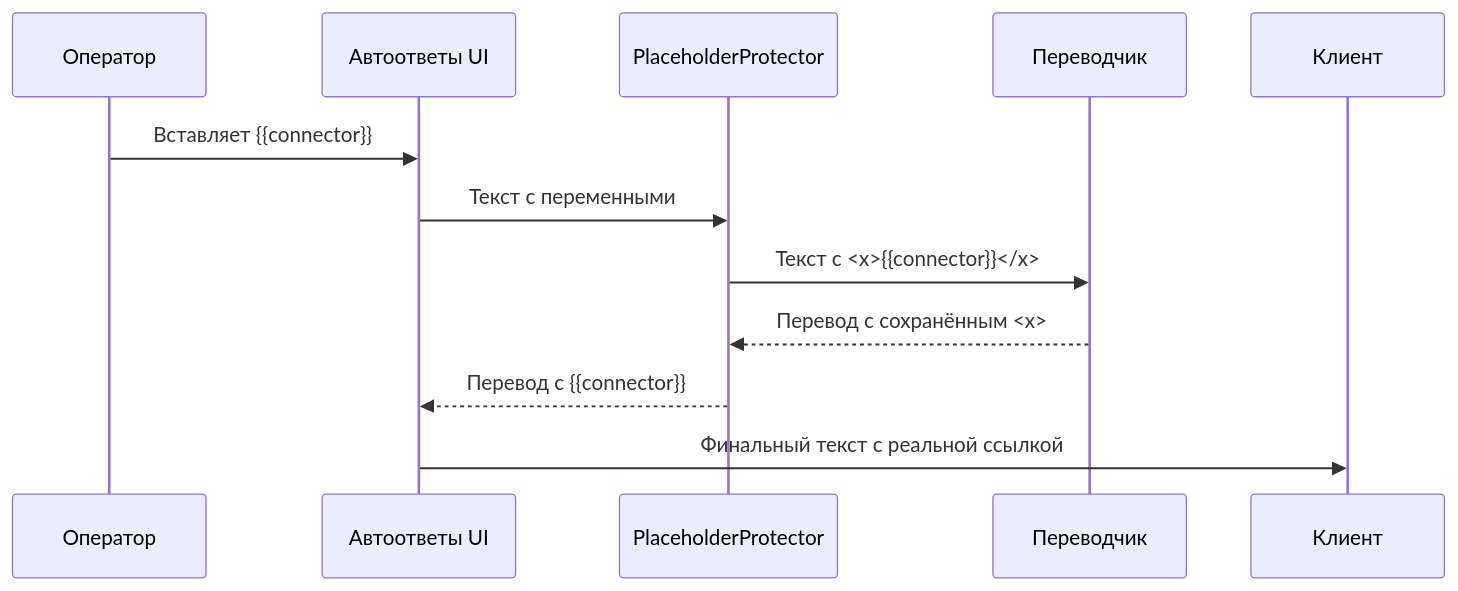
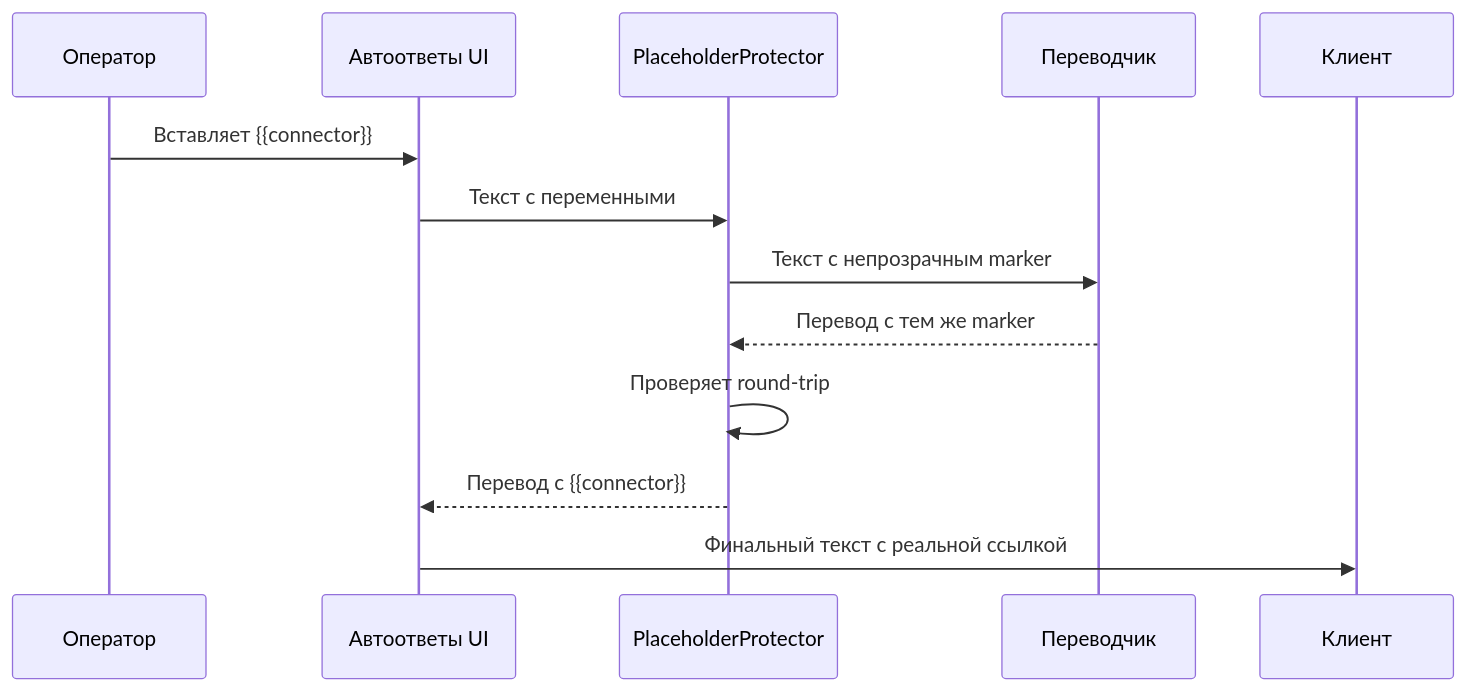
One commit to ukarshiev/tg-support-bot changed the third of 5 diagrams in docs/languages-and-translation.md. Above: the diagram before and after it, drawn with Mermaid. The commit also changed other lines of this file and 13 other files, not shown here.

````diff
--- a/docs/languages-and-translation.md
+++ b/docs/languages-and-translation.md
@@ -107,15 +108,16 @@
 ```mermaid
 sequenceDiagram
     participant Admin as Оператор
     participant UI as Автоответы UI
     participant Guard as PlaceholderProtector
     participant MT as Переводчик
     participant Client as Клиент
 
     Admin->>UI: Вставляет {{connector}}
     UI->>Guard: Текст с переменными
-    Guard->>MT: Текст с <x>{{connector}}</x>
-    MT-->>Guard: Перевод с сохранённым <x>
+    Guard->>MT: Текст с непрозрачным marker
+    MT-->>Guard: Перевод с тем же marker
+    Guard->>Guard: Проверяет round-trip
     Guard-->>UI: Перевод с {{connector}}
     UI->>Client: Финальный текст с реальной ссылкой
 ```
````
